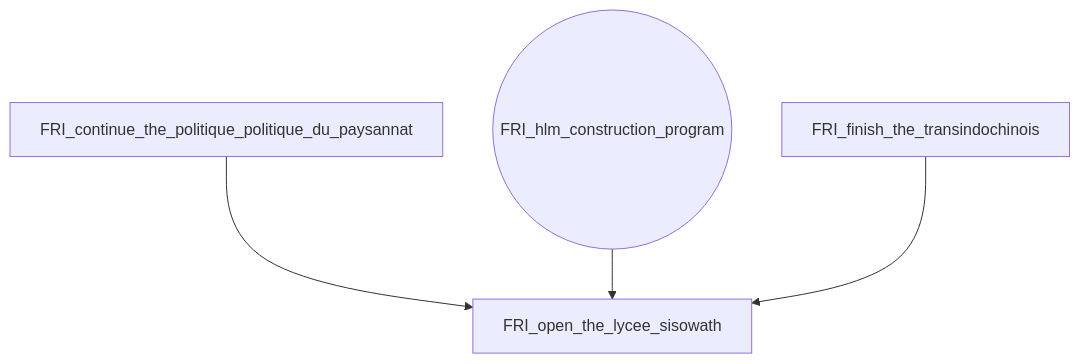
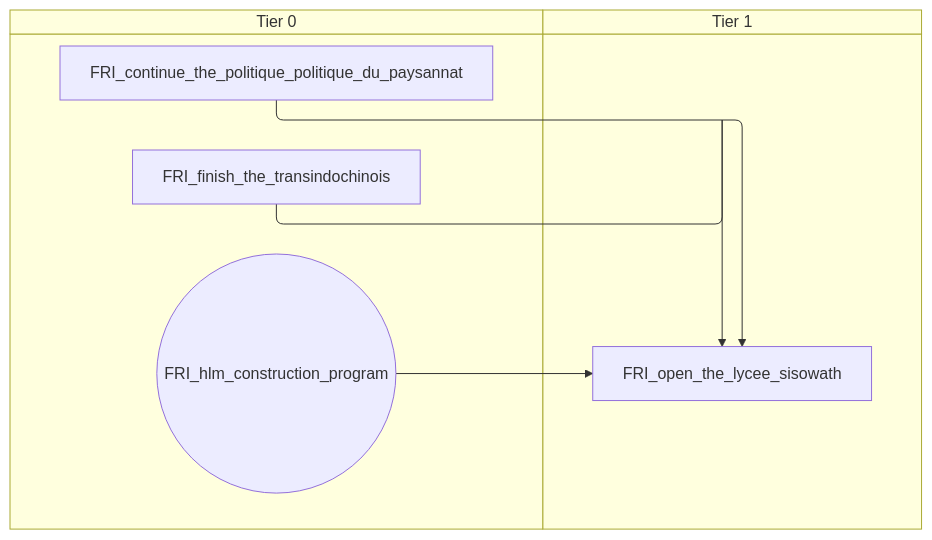
The fifth of 6 diagrams in docs/gdd/National Focuses/FrenchIndochina.md (evgeny-sobol/hoi4-sandbox-mode-r56), drawn with Mermaid before and after one commit. The commit also changed other lines of this file and 423 other files, not shown here.

First line of the commit message:
Re-export Rt56 focus trees as swimlane diagrams

````diff
--- a/docs/gdd/National Focuses/FrenchIndochina.md
+++ b/docs/gdd/National Focuses/FrenchIndochina.md
@@ -148,10 +200,14 @@
 ```mermaid
-flowchart TD
-    n2["FRI_continue_the_politique_politique_du_paysannat"]
-    n6["FRI_finish_the_transindochinois"]
-    n7(("FRI_hlm_construction_program"))
-    n9["FRI_open_the_lycee_sisowath"]
-    n2 --> n9
-    n7 --> n9
-    n6 --> n9
+swimlane-beta TD
+    subgraph tier_0["Tier 0"]
+        n2["FRI_continue_the_politique_politique_du_paysannat"]
+        n3["FRI_finish_the_transindochinois"]
+        n4(("FRI_hlm_construction_program"))
+    end
+    subgraph tier_1["Tier 1"]
+        n6["FRI_open_the_lycee_sisowath"]
+    end
+    n2 --> n6
+    n4 --> n6
+    n3 --> n6
 ```
````
